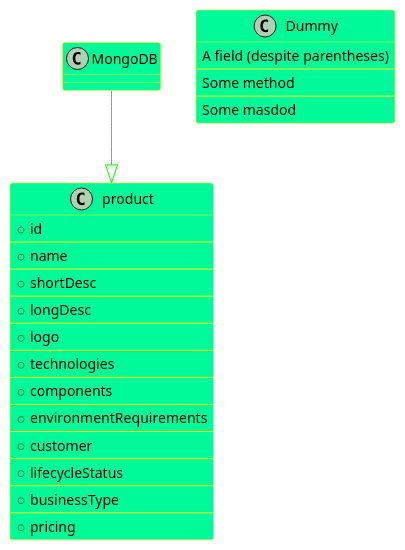
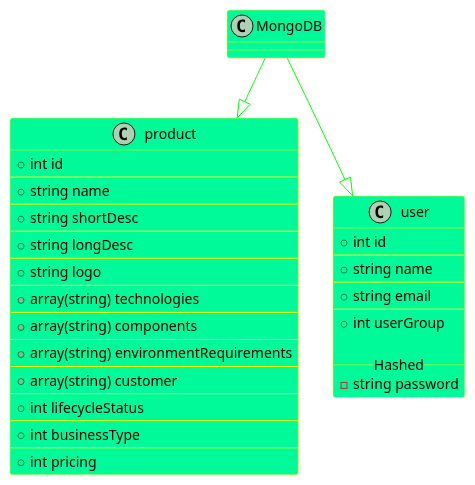
The eighth of 8 diagrams in dokumentit/02-vaatimusmaarittely/vaatimusmaarittely.md (martimik/TuHlaRi-core), drawn with PlantUML before and after one commit.

````diff
--- a/dokumentit/02-vaatimusmaarittely/vaatimusmaarittely.md
+++ b/dokumentit/02-vaatimusmaarittely/vaatimusmaarittely.md
@@ -490,56 +490,62 @@
 ```plantuml
 skinparam sequence {
 	ArrowColor GreenYellow
 	ActorBorderColor GreenYellow
 	ActorBackgroundColor SpringGreen
 	ActorFontColor Black
 	ActorFontSize 17
 	ActorFontName Aapex
 }
 
 skinparam class {
 	BackgroundColor MediumSpringGreen
 	BorderColor Yellow
 
 	ArrowColor Lime
 	ActorBorderColor black
 	ActorFontName Courier
 }
 
 MongoDB --|> product
+MongoDB --|> user
 
 class product {
- +id 
+ +int id
 --
- + name
+ +string name
 --
- + shortDesc
+ +string shortDesc
 --
- + longDesc
+ +string longDesc
 --
- + logo
+ +string logo
 --
- + technologies
+ +array(string) technologies
 --
- + components
+ +array(string) components
 --
- + environmentRequirements
+ +array(string) environmentRequirements
 --
- + customer
+ +array(string) customer
 --
- + lifecycleStatus
+ +int lifecycleStatus
 --
- + businessType
+ +int businessType
 --
- + pricing
+ +int pricing
 }
 
-class Dummy {
-  {field} A field (despite parentheses)
-  --
-  {field} Some method
-  --
-  {field} Some masdod
+class user {
+  +int id
+--
+  +string name
+--
+  +string email
+--
+  +int userGroup
+
+__ Hashed __
+  -string password
 }
 
 ```
````
